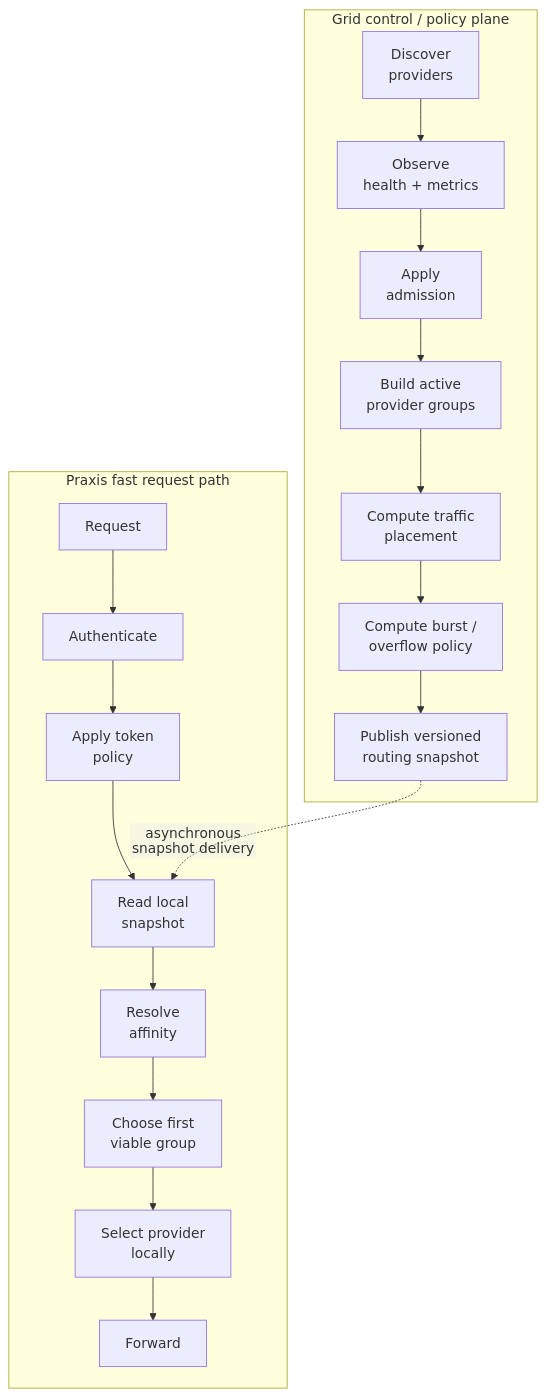
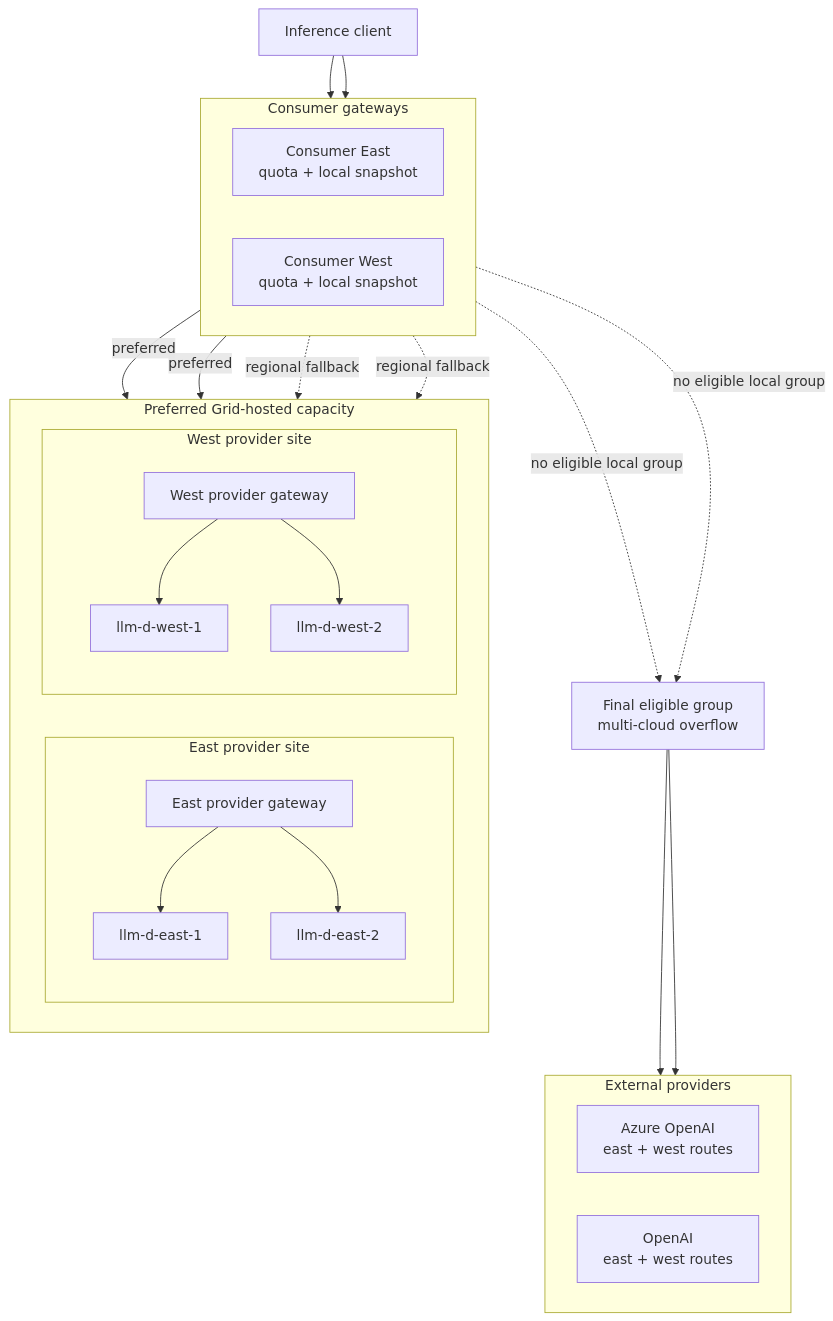
One commit to praxis-proxy/experimental changed the first of 6 diagrams in demos/grid-cloud-burst/README.md. Above: the diagram before and after it, drawn with Mermaid. The commit also changed other lines of this file and 17 other files, not shown here.

Commit message:
docs(demos): expand cloud burst resilience example

````diff
--- a/demos/grid-cloud-burst/README.md
+++ b/demos/grid-cloud-burst/README.md
@@ -104,30 +66,48 @@
 ```mermaid
-%%{init: {"flowchart": {"htmlLabels": false}}}%%
 flowchart TB
-    subgraph CP["Grid control / policy plane"]
-        D["Discover<br/>providers"]
-        O["Observe<br/>health + metrics"]
-        A["Apply<br/>admission"]
-        G["Build active<br/>provider groups"]
-        P["Compute traffic<br/>placement"]
-        B["Compute burst /<br/>overflow policy"]
-        V["Publish versioned<br/>routing snapshot"]
+    Client["Inference client"]
 
-        D --> O --> A --> G --> P --> B --> V
+    subgraph Entry["Consumer gateways"]
+        direction LR
+        EastConsumer["Consumer East<br/>quota + local snapshot"]
+        WestConsumer["Consumer West<br/>quota + local snapshot"]
     end
 
-    subgraph DP["Praxis fast request path"]
-        R["Request"]
-        I["Authenticate"]
-        T["Apply token<br/>policy"]
-        S["Read local<br/>snapshot"]
-        F["Resolve<br/>affinity"]
-        C["Choose first<br/>viable group"]
-        W["Select provider<br/>locally"]
-        U["Forward"]
-
-        R --> I --> T --> S --> F --> C --> W --> U
+    subgraph Fleet["Preferred Grid-hosted capacity"]
+        direction LR
+        subgraph East["East provider site"]
+            direction TB
+            EastGateway["East provider gateway"]
+            East1["llm-d-east-1"]
+            East2["llm-d-east-2"]
+            EastGateway --> East1
+            EastGateway --> East2
+        end
+        subgraph West["West provider site"]
+            direction TB
+            WestGateway["West provider gateway"]
+            West1["llm-d-west-1"]
+            West2["llm-d-west-2"]
+            WestGateway --> West1
+            WestGateway --> West2
+        end
     end
 
-    V -. "asynchronous<br/>snapshot delivery" .-> S
+    OverflowGroup["Final eligible group<br/>multi-cloud overflow"]
+    subgraph Overflow["External providers"]
+        direction LR
+        Azure["Azure OpenAI<br/>east + west routes"]
+        OpenAI["OpenAI<br/>east + west routes"]
+    end
+
+    Client --> EastConsumer
+    Client --> WestConsumer
+    EastConsumer -->|"preferred"| EastGateway
+    WestConsumer -->|"preferred"| WestGateway
+    EastConsumer -. "regional fallback" .-> WestGateway
+    WestConsumer -. "regional fallback" .-> EastGateway
+    EastConsumer -. "no eligible local group" .-> OverflowGroup
+    WestConsumer -. "no eligible local group" .-> OverflowGroup
+    OverflowGroup --> Azure
+    OverflowGroup --> OpenAI
 ```
````
